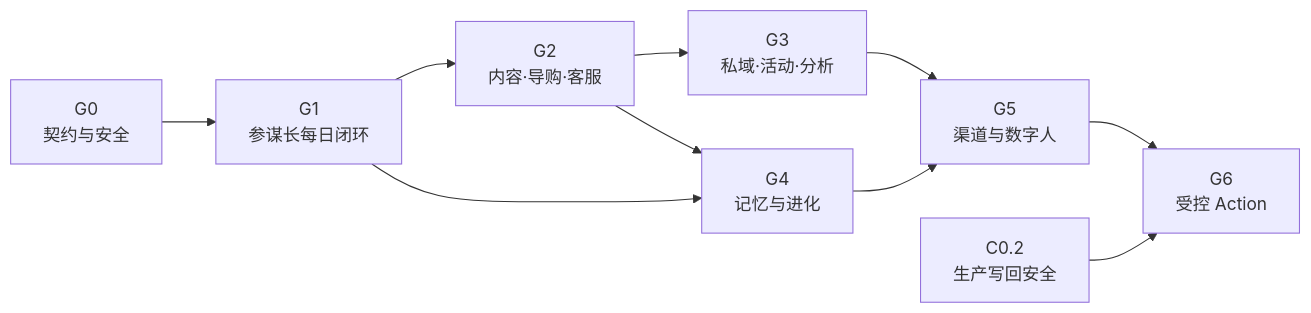
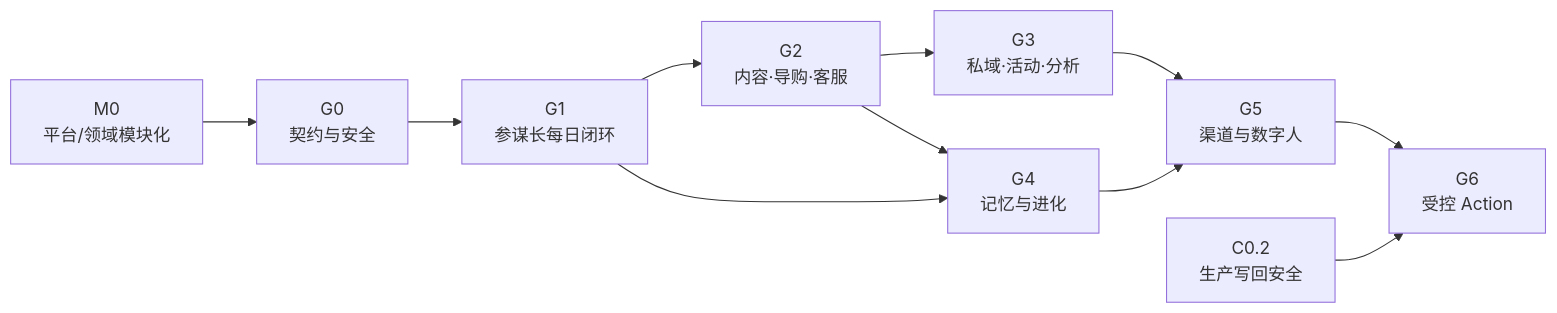
One commit to datong838/ai_agents changed the diagram in palantier/20_tech/电商平台接入/228-电商增长参谋长实施文档索引与分波路线图.md. Above: the diagram before and after it, drawn with Mermaid. The commit also changed other lines of this file and 12 other files, not shown here.

````diff
--- a/palantier/20_tech/电商平台接入/228-电商增长参谋长实施文档索引与分波路线图.md
+++ b/palantier/20_tech/电商平台接入/228-电商增长参谋长实施文档索引与分波路线图.md
@@ -42,12 +46,13 @@
 ```mermaid
 flowchart LR
-    G0["G0<br/>契约与安全"] --> G1["G1<br/>参谋长每日闭环"]
+    M0["M0<br/>平台/领域模块化"] --> G0["G0<br/>契约与安全"]
+    G0 --> G1["G1<br/>参谋长每日闭环"]
     G1 --> G2["G2<br/>内容·导购·客服"]
     G2 --> G3["G3<br/>私域·活动·分析"]
     G1 --> G4["G4<br/>记忆与进化"]
     G2 --> G4
     G3 --> G5["G5<br/>渠道与数字人"]
     G4 --> G5
     C02["C0.2<br/>生产写回安全"] --> G6["G6<br/>受控 Action"]
     G5 --> G6
 ```
````
